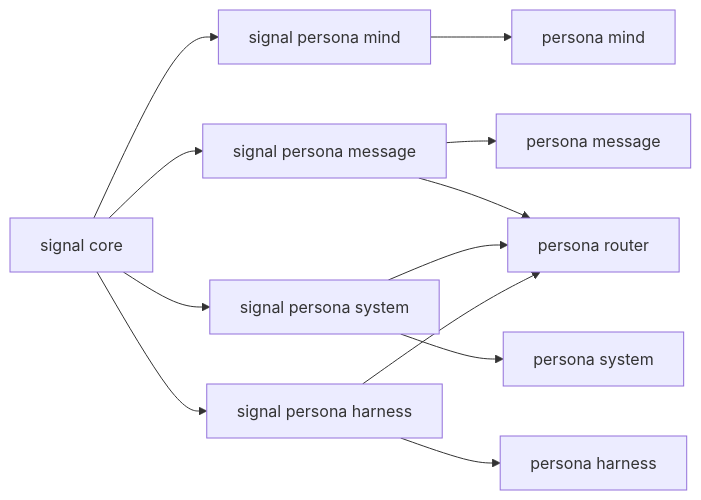
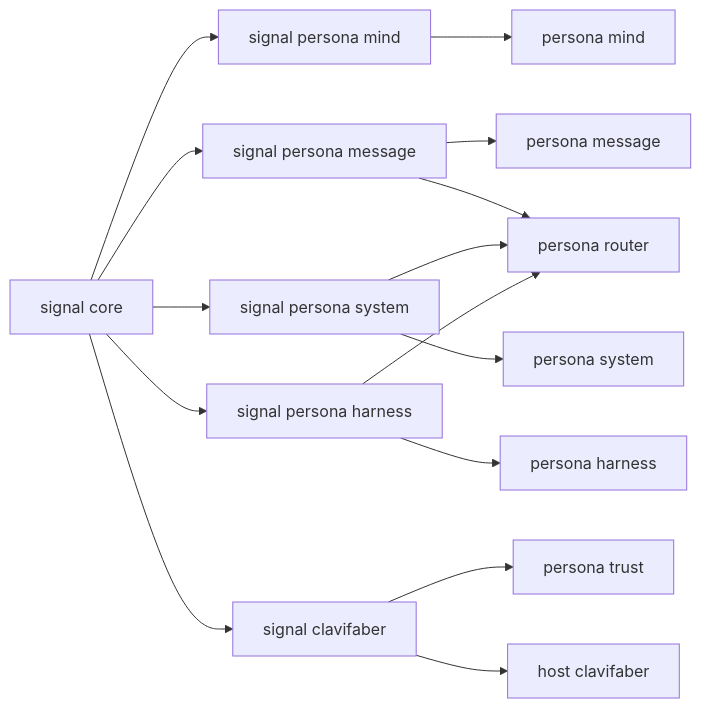
One commit to LiGoldragon/persona changed the third of 7 diagrams in ARCHITECTURE.md. Above: the diagram before and after it, drawn with Mermaid. The commit also changed other lines of this file, not shown here.

Commit message:
architecture: add persona-trust + durable-agent positioning (designer/110)

````diff
--- a/ARCHITECTURE.md
+++ b/ARCHITECTURE.md
@@ -73,14 +109,17 @@
 ```mermaid
 graph LR
     signal_core[signal core] --> mind_contract[signal persona mind]
     signal_core --> message_contract[signal persona message]
     signal_core --> system_contract[signal persona system]
     signal_core --> harness_contract[signal persona harness]
     mind_contract --> mind[persona mind]
     message_contract --> message[persona message]
     message_contract --> router[persona router]
     system_contract --> system[persona system]
     system_contract --> router
     harness_contract --> router
     harness_contract --> harness[persona harness]
+    signal_core --> clavifaber_contract[signal clavifaber]
+    clavifaber_contract --> trust[persona trust]
+    clavifaber_contract --> host_clavifaber[host clavifaber]
 ```
````
